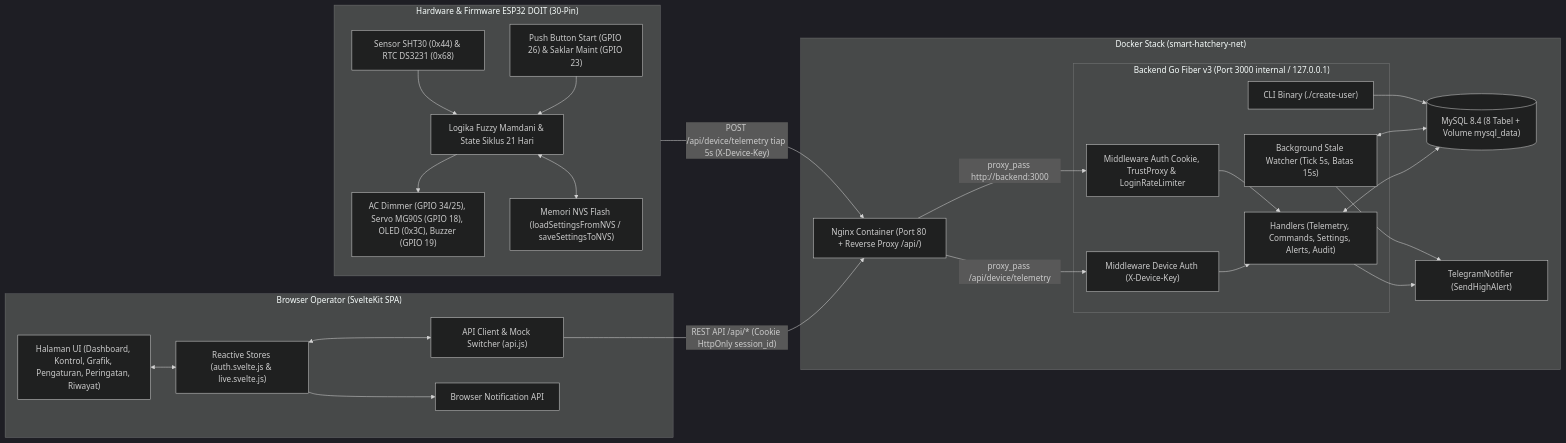
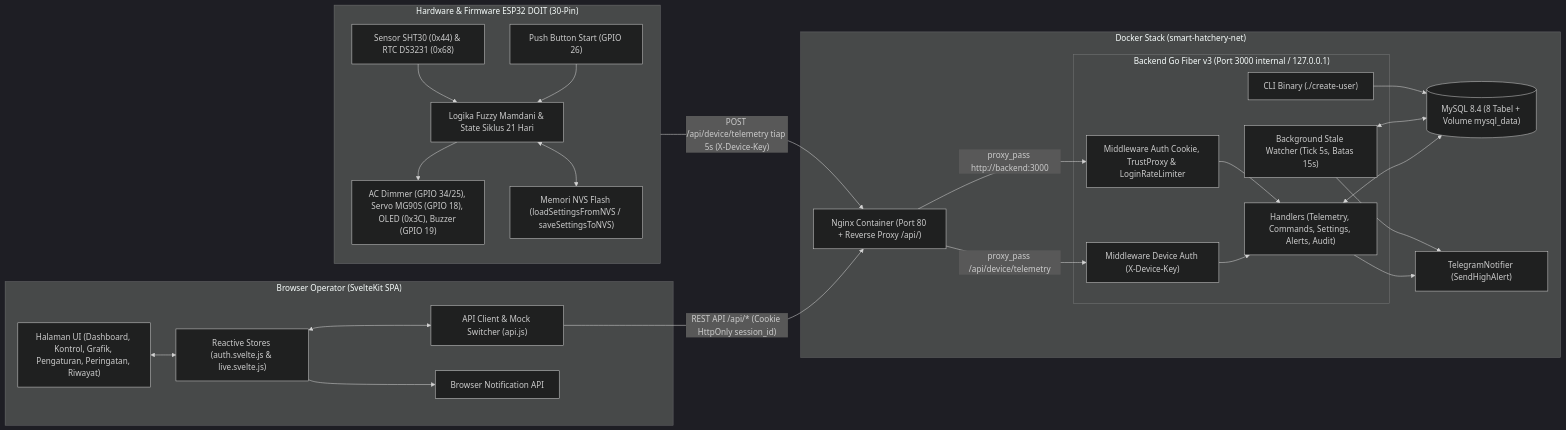
One commit to ferandlim00/ITEBAINKUBATORTELUR2026 changed the first of 3 diagrams in DOKUMENTASI_SISTEM_LENGKAP.md. Above: the diagram before and after it, drawn with Mermaid (dark theme). The commit also changed other lines of this file and 3 other files, not shown here.

Commit message:
Hapus Saklar Maintenance (GPIO 23) dari firmware ESP32 dan dokumentasi

````diff
--- a/DOKUMENTASI_SISTEM_LENGKAP.md
+++ b/DOKUMENTASI_SISTEM_LENGKAP.md
@@ -27,49 +27,49 @@
 ```mermaid
 flowchart LR
     subgraph ESP["Hardware & Firmware ESP32 DOIT (30-Pin)"]
         SEN["Sensor SHT30 (0x44) & RTC DS3231 (0x68)"]
-        SW["Push Button Start (GPIO 26) & Saklar Maint (GPIO 23)"]
+        SW["Push Button Start (GPIO 26)"]
         FUZ["Logika Fuzzy Mamdani & State Siklus 21 Hari"]
         ACT["AC Dimmer (GPIO 34/25), Servo MG90S (GPIO 18), OLED (0x3C), Buzzer (GPIO 19)"]
         NVS["Memori NVS Flash (loadSettingsFromNVS / saveSettingsToNVS)"]
         SEN --> FUZ
         SW --> FUZ
         FUZ --> ACT
         FUZ <--> NVS
     end
 
     subgraph DOCKER["Docker Stack (smart-hatchery-net)"]
         NGINX["Nginx Container (Port 80 + Reverse Proxy /api/)"]
         subgraph BE["Backend Go Fiber v3 (Port 3000 internal / 127.0.0.1)"]
             AUTH["Middleware Auth Cookie, TrustProxy & LoginRateLimiter"]
             DEV["Middleware Device Auth (X-Device-Key)"]
             HAND["Handlers (Telemetry, Commands, Settings, Alerts, Audit)"]
             WATCH["Background Stale Watcher (Tick 5s, Batas 15s)"]
             CLI["CLI Binary (./create-user)"]
         end
         DB[("MySQL 8.4 (8 Tabel + Volume mysql_data)")]
         TG["TelegramNotifier (SendHighAlert)"]
         NGINX -- "proxy_pass http://backend:3000" --> AUTH
         NGINX -- "proxy_pass /api/device/telemetry" --> DEV
         DEV --> HAND
         AUTH --> HAND
         HAND <--> DB
         WATCH <--> DB
         CLI --> DB
         HAND --> TG
         WATCH --> TG
     end
 
     subgraph FE["Browser Operator (SvelteKit SPA)"]
         STORE["Reactive Stores (auth.svelte.js & live.svelte.js)"]
         API["API Client & Mock Switcher (api.js)"]
         PAGES["Halaman UI (Dashboard, Kontrol, Grafik, Pengaturan, Peringatan, Riwayat)"]
         NOTIF["Browser Notification API"]
         PAGES <--> STORE
         STORE <--> API
         STORE --> NOTIF
     end
 
     ESP -- "POST /api/device/telemetry tiap 5s (X-Device-Key)" --> NGINX
     API -- "REST API /api/* (Cookie HttpOnly session_id)" --> NGINX
 ```
````
